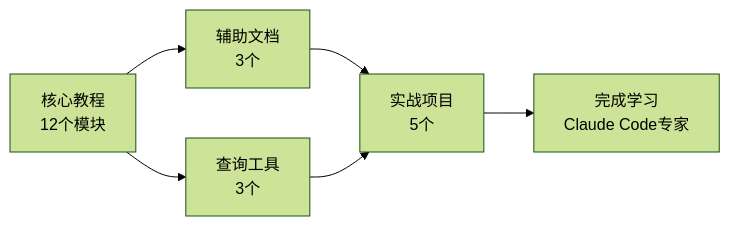
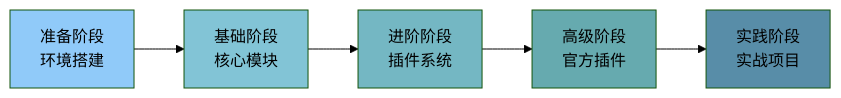
The first of 2 diagrams in README.md (haorenlei457/claudecode-book), drawn with Mermaid (forest theme) before and after one commit. The commit also changed other lines of this file and 2 other files, not shown here.

````diff
--- a/README.md
+++ b/README.md
@@ -210,8 +24,13 @@
 ```mermaid
 graph LR
-    A[核心教程<br/>12个模块] --> B[辅助文档<br/>3个]
-    A --> C[查询工具<br/>3个]
-    B --> D[实战项目<br/>5个]
-    C --> D
-    D --> E[完成学习<br/>Claude Code专家]
+    A[准备阶段<br/>环境搭建] --> B[基础阶段<br/>核心模块]
+    B --> C[进阶阶段<br/>插件系统]
+    C --> D[高级阶段<br/>官方插件]
+    D --> E[实践阶段<br/>实战项目]
+    
+    style A fill:#90CAF9
+    style B fill:#82C4D6
+    style C fill:#74B7C3
+    style D fill:#66AAAF
+    style E fill:#588DA8
 ```
````
